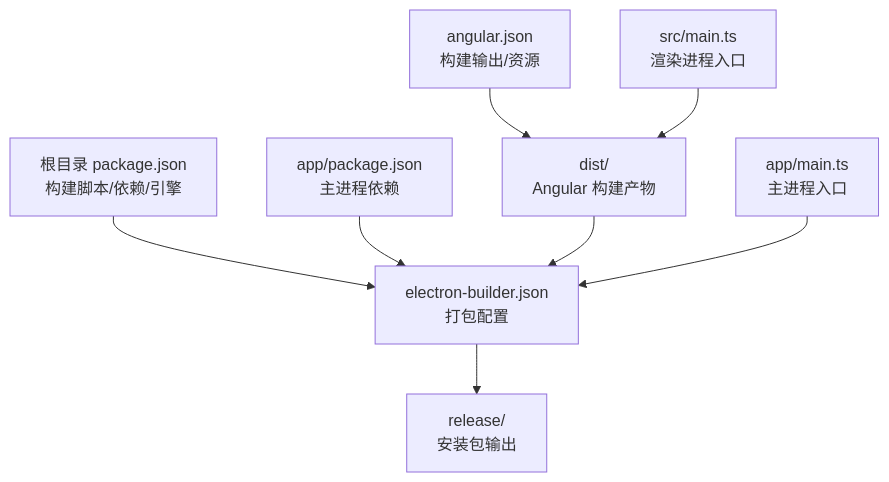
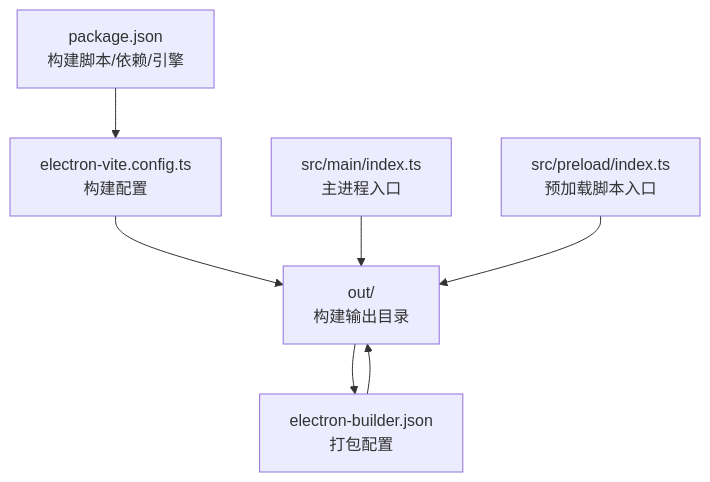
Before and after one commit to haolange/RDC-Agent: the first of 4 diagrams in .qoder/repowiki/zh/content/构建与打包/Electron 打包配置.md, drawn with Mermaid. The commit also changed other lines of this file and 3 other files, not shown here.

````diff
--- a/.qoder/repowiki/zh/content/构建与打包/Electron 打包配置.md
+++ b/.qoder/repowiki/zh/content/构建与打包/Electron 打包配置.md
@@ -43,10 +41,9 @@
 ```mermaid
 graph TB
-RootPkg["根目录 package.json<br/>构建脚本/依赖/引擎"] --> EB["electron-builder.json<br/>打包配置"]
-AppPkg["app/package.json<br/>主进程依赖"] --> EB
-AngularCfg["angular.json<br/>构建输出/资源"] --> Dist["dist/<br/>Angular 构建产物"]
-EB --> Release["release/<br/>安装包输出"]
-Dist --> EB
-SrcMain["src/main.ts<br/>渲染进程入口"] --> Dist
-AppMain["app/main.ts<br/>主进程入口"] --> EB
+RootPkg["package.json<br/>构建脚本/依赖/引擎"] --> EVite["electron-vite.config.ts<br/>构建配置"]
+EVite --> Out["out/<br/>构建输出目录"]
+EB["electron-builder.json<br/>打包配置"] --> Out
+Out --> EB
+Main["src/main/index.ts<br/>主进程入口"] --> Out
+Preload["src/preload/index.ts<br/>预加载脚本入口"] --> Out
 ```
````
